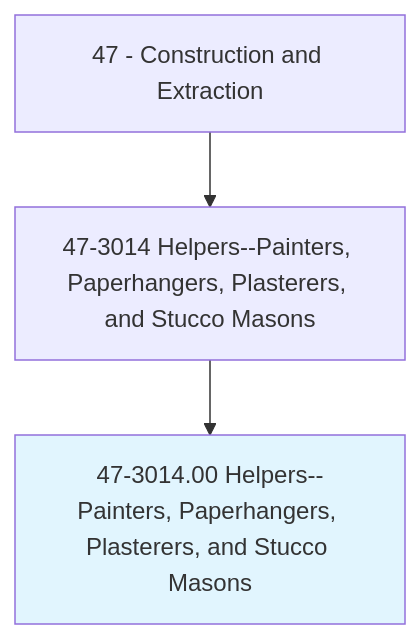
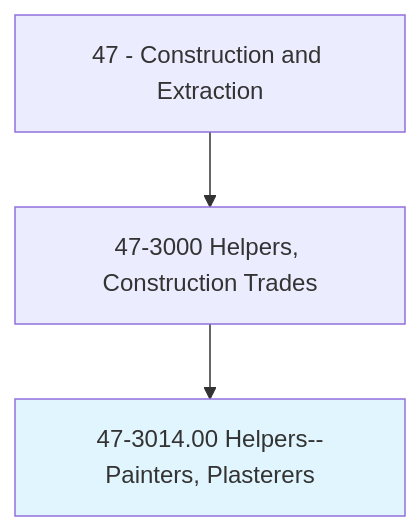
The first of 4 diagrams in occupations/Construction/HelpersPaintersPaperhangersPlasterersAndStuccoMasons.mdx (kziemski/business.org.ai), drawn with Mermaid before and after one commit. The commit also changed other lines of this file and 938 other files, not shown here.

````diff
--- a/occupations/Construction/HelpersPaintersPaperhangersPlasterersAndStuccoMasons.mdx
+++ b/occupations/Construction/HelpersPaintersPaperhangersPlasterersAndStuccoMasons.mdx
@@ -19,6 +23,6 @@
 ```mermaid
 graph TD
-    Cat47["47 - Construction and Extraction"] --> Group473014["47-3014 Helpers--Painters, Paperhangers, Plasterers, and Stucco Masons"]
-    Group473014 --> Current["47-3014.00 Helpers--Painters, Paperhangers, Plasterers, and Stucco Masons"]
+    Cat47["47 - Construction and Extraction"] --> Group473["47-3000 Helpers, Construction Trades"]
+    Group473 --> Current["47-3014.00 Helpers--Painters, Plasterers"]
     style Current fill:#e1f5fe
 ```
````
